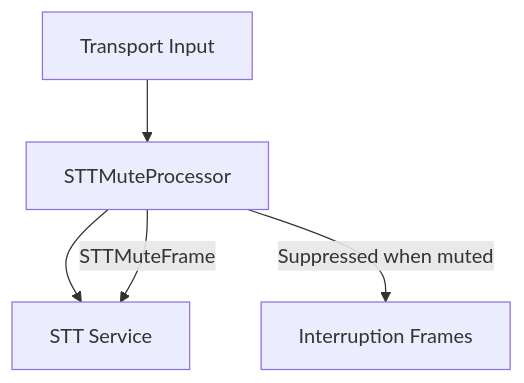
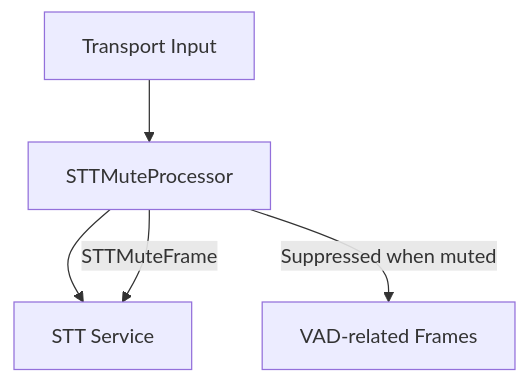
One commit to pipecat-ai/docs changed the diagram in api-reference/processors/stt-mute.mdx. Above: the diagram before and after it, drawn with Mermaid. The commit also changed other lines of this file, not shown here.

````diff
--- a/api-reference/processors/stt-mute.mdx
+++ b/api-reference/processors/stt-mute.mdx
@@ -153,7 +154,7 @@
 ```mermaid
 graph TD
     A[Transport Input] --> B[STTMuteProcessor]
     B --> C[STT Service]
-    B -- "Suppressed when muted" --> D[Interruption Frames]
+    B -- "Suppressed when muted" --> D[VAD-related Frames]
     B -- "STTMuteFrame" --> C
 ```
````
